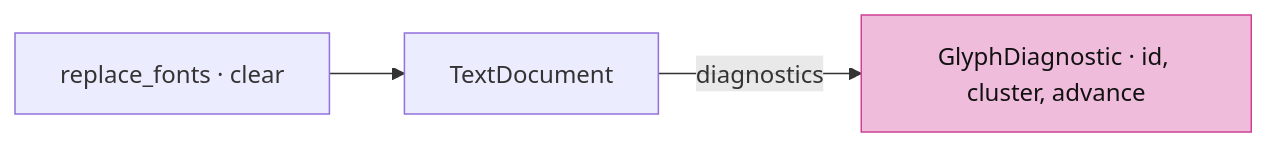
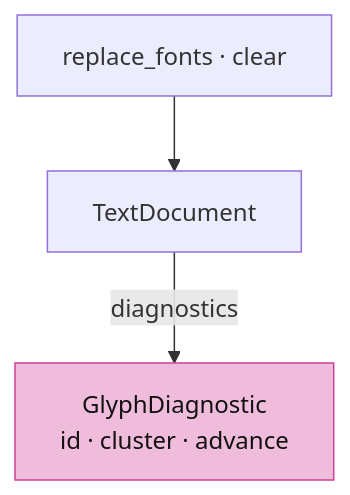
The seventh of 10 diagrams in session_viewer/docs/10-text-layout.md (petrasvestartas/session), drawn with Mermaid before and after one commit. The commit also changed other lines of this file and 34 other files, not shown here.

First line of the commit message:
Course: each lesson teaches its file's final form; diagrams fit the column

````diff
--- a/session_viewer/docs/10-text-layout.md
+++ b/session_viewer/docs/10-text-layout.md
@@ -105,6 +105,6 @@
 ```mermaid
-flowchart LR
+flowchart TB
     A["replace_fonts · clear"] --> B["TextDocument"]
-    B -- "diagnostics" --> C["GlyphDiagnostic · id, cluster, advance"]
+    B -- "diagnostics" --> C["GlyphDiagnostic<br>id · cluster · advance"]
     style C fill:#f0bcdb,stroke:#ce4095,color:#111
 ```
````
